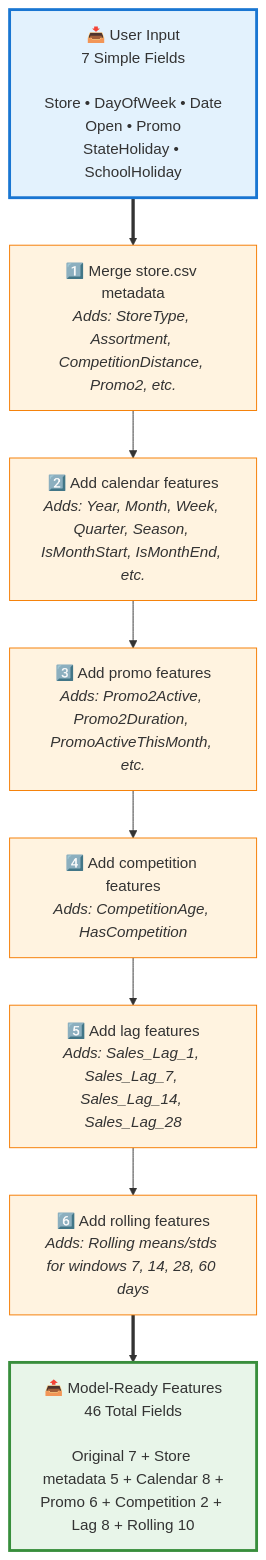
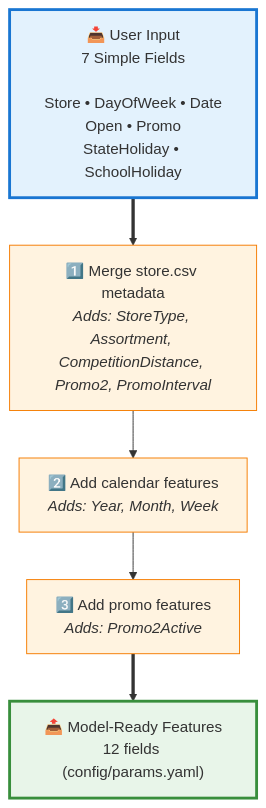
Before and after one commit to bradleyboehmke/uc-bana-7075-reference-system: the second of 2 diagrams in docs/deployment/fastapi.md, drawn with Mermaid. The commit also changed other lines of this file and 71 other files, not shown here.

````diff
--- a/docs/deployment/fastapi.md
+++ b/docs/deployment/fastapi.md
@@ -273,30 +273,21 @@
 ```mermaid
 flowchart TD
     Input["📥 User Input<br/>7 Simple Fields<br/><br/>Store • DayOfWeek • Date<br/>Open • Promo<br/>StateHoliday • SchoolHoliday"]
 
-    P1["1️⃣ Merge store.csv metadata<br/><i>Adds: StoreType, Assortment, CompetitionDistance, Promo2, etc.</i>"]
-    P2["2️⃣ Add calendar features<br/><i>Adds: Year, Month, Week, Quarter, Season, IsMonthStart, IsMonthEnd, etc.</i>"]
-    P3["3️⃣ Add promo features<br/><i>Adds: Promo2Active, Promo2Duration, PromoActiveThisMonth, etc.</i>"]
-    P4["4️⃣ Add competition features<br/><i>Adds: CompetitionAge, HasCompetition</i>"]
-    P5["5️⃣ Add lag features<br/><i>Adds: Sales_Lag_1, Sales_Lag_7, Sales_Lag_14, Sales_Lag_28</i>"]
-    P6["6️⃣ Add rolling features<br/><i>Adds: Rolling means/stds for windows 7, 14, 28, 60 days</i>"]
+    P1["1️⃣ Merge store.csv metadata<br/><i>Adds: StoreType, Assortment, CompetitionDistance, Promo2, PromoInterval</i>"]
+    P2["2️⃣ Add calendar features<br/><i>Adds: Year, Month, Week</i>"]
+    P3["3️⃣ Add promo features<br/><i>Adds: Promo2Active</i>"]
 
-    Output["📤 Model-Ready Features<br/>46 Total Fields<br/><br/>Original 7 + Store metadata 5 + Calendar 8 +<br/>Promo 6 + Competition 2 + Lag 8 + Rolling 10"]
+    Output["📤 Model-Ready Features<br/>12 fields (config/params.yaml)"]
 
     Input ==> P1
     P1 --> P2
     P2 --> P3
-    P3 --> P4
-    P4 --> P5
-    P5 --> P6
-    P6 ==> Output
+    P3 ==> Output
 
     style Input fill:#e3f2fd,stroke:#1976d2,stroke-width:3px
     style Output fill:#e8f5e9,stroke:#388e3c,stroke-width:3px
     style P1 fill:#fff3e0,stroke:#f57c00
     style P2 fill:#fff3e0,stroke:#f57c00
     style P3 fill:#fff3e0,stroke:#f57c00
-    style P4 fill:#fff3e0,stroke:#f57c00
-    style P5 fill:#fff3e0,stroke:#f57c00
-    style P6 fill:#fff3e0,stroke:#f57c00
 ```
````
